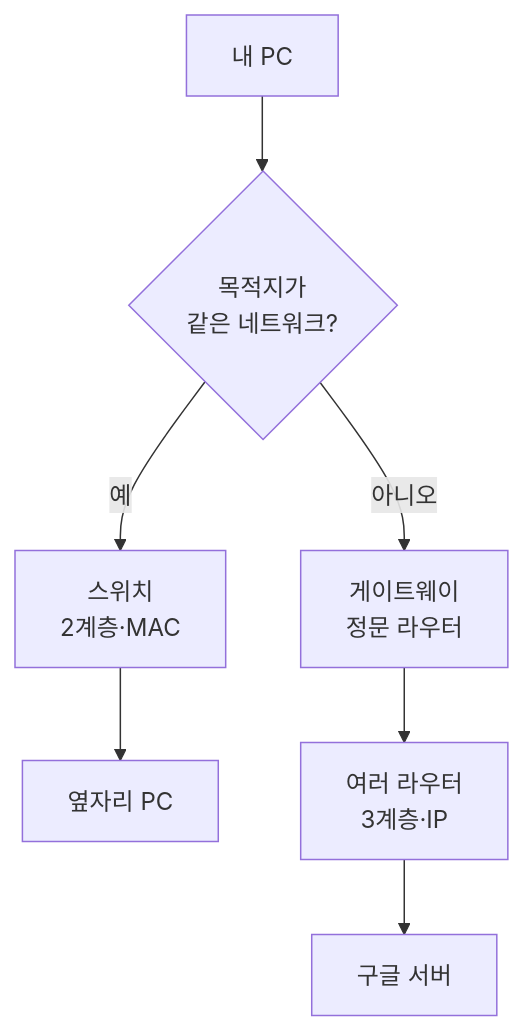
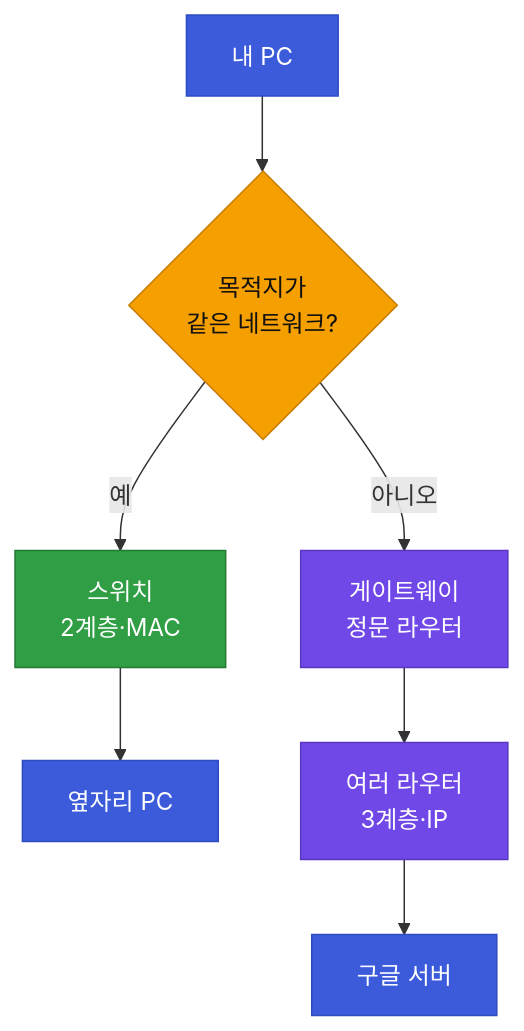
The second of 3 diagrams in 26-09-ai-security-automation-bootcamp/05-instructor-prep/docs/subject-2-network-zt/day01/lecture1.md (welovecherry/jm-teaching-material), drawn with Mermaid before and after one commit. The commit also changed other lines of this file and 7 other files, not shown here.

First line of the commit message:
feat: Mermaid 컬러화(역할별 색) + 다이어그램 5개 추가 + 어려운 퀴즈 3종 데모

````diff
--- a/26-09-ai-security-automation-bootcamp/05-instructor-prep/docs/subject-2-network-zt/day01/lecture1.md
+++ b/26-09-ai-security-automation-bootcamp/05-instructor-prep/docs/subject-2-network-zt/day01/lecture1.md
@@ -211,6 +219,14 @@
 ```mermaid
 flowchart TD
     A[내 PC] --> Q{목적지가<br/>같은 네트워크?}
     Q -->|예| S[스위치<br/>2계층·MAC] --> B[옆자리 PC]
     Q -->|아니오| G[게이트웨이<br/>정문 라우터] --> R[여러 라우터<br/>3계층·IP] --> C[구글 서버]
+    classDef dev fill:#3b5bdb,stroke:#2f4bc0,color:#fff
+    classDef dec fill:#f59f00,stroke:#c67c00,color:#111
+    classDef ok fill:#2f9e44,stroke:#237a35,color:#fff
+    classDef step fill:#7048e8,stroke:#5a37c0,color:#fff
+    class A,B,C dev
+    class Q dec
+    class S ok
+    class G,R step
 ```
````
